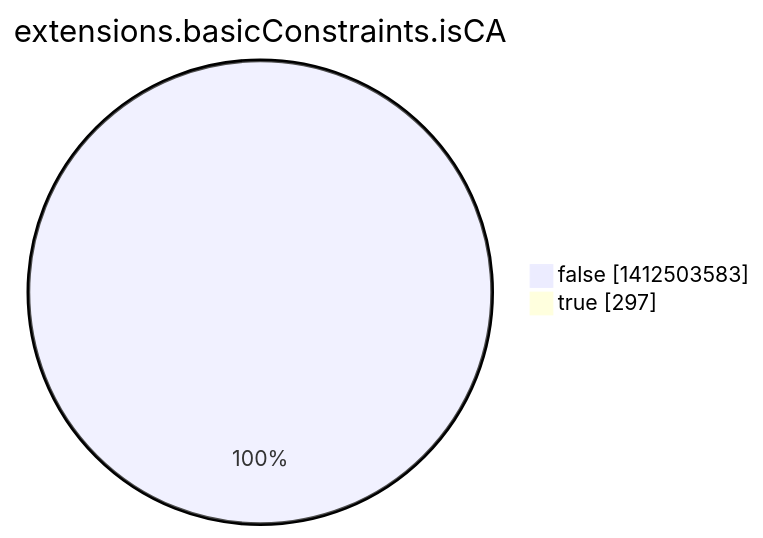
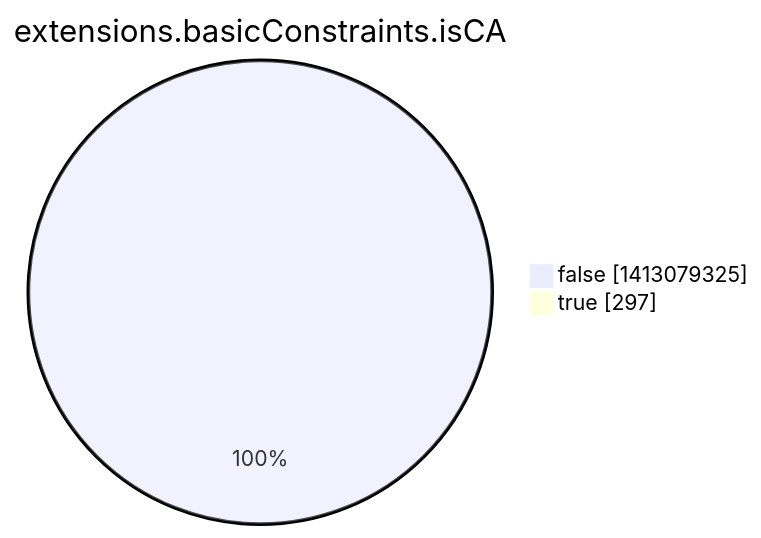
One commit to christiankrug/ctmonitor_visualization changed the eighth of 15 diagrams in argon2022/README.md. Above: the diagram before and after it, drawn with Mermaid. The commit also changed other lines of this file, not shown here.

````diff
--- a/argon2022/README.md
+++ b/argon2022/README.md
@@ -2760,6 +2760,6 @@
 ```mermaid
 pie showData
 title extensions.basicConstraints.isCA
-"false" :1412503583
+"false" :1413079325
 "true" :297
 ```
````
